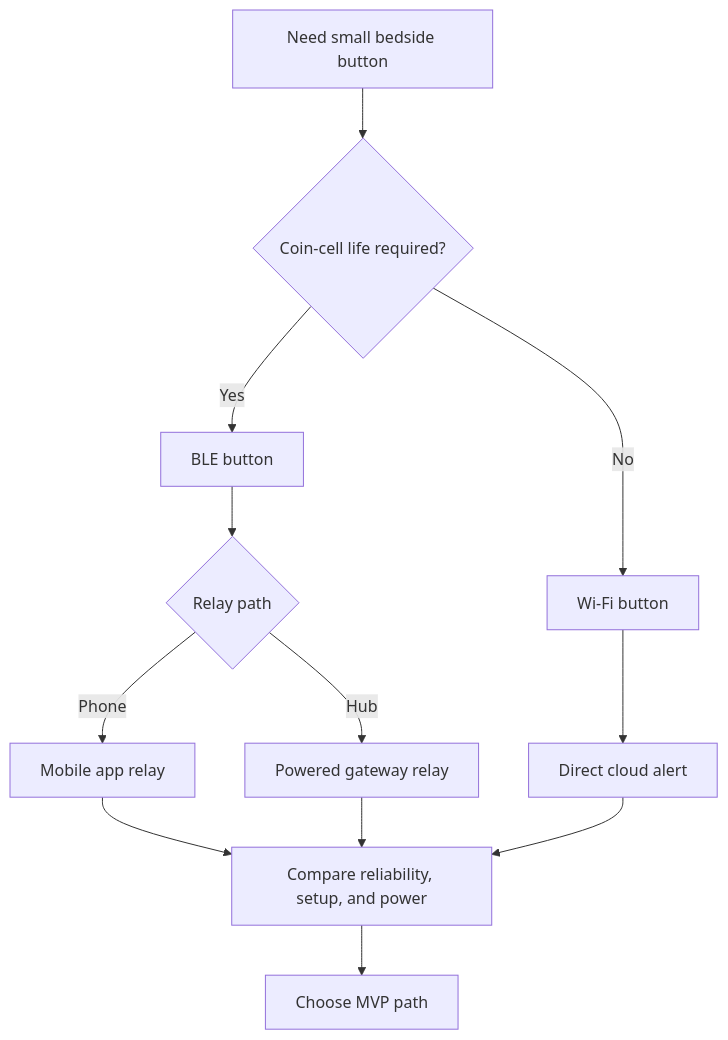
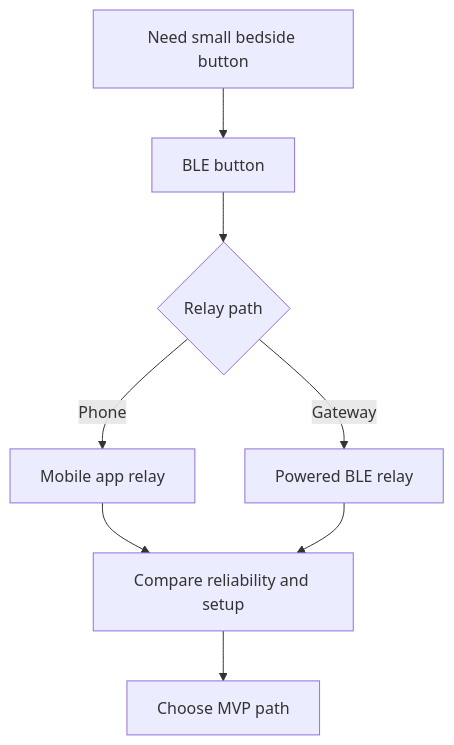
The diagram in docs/hardware-architecture/README.md (saleemh/baddreambutton), drawn with Mermaid before and after one commit. The commit also changed other lines of this file and 7 other files, not shown here.

````diff
--- a/docs/hardware-architecture/README.md
+++ b/docs/hardware-architecture/README.md
@@ -47,14 +47,10 @@
 ```mermaid
 flowchart TD
-    startNode["Need small bedside button"] --> powerChoice{"Coin-cell life required?"}
-    powerChoice -->|Yes| blePath["BLE button"]
-    powerChoice -->|No| wifiPath["Wi-Fi button"]
+    startNode["Need small bedside button"] --> blePath["BLE button"]
     blePath --> relayChoice{"Relay path"}
     relayChoice -->|Phone| phonePath["Mobile app relay"]
-    relayChoice -->|Hub| hubPath["Powered gateway relay"]
-    wifiPath --> cloudPath["Direct cloud alert"]
-    phonePath --> comparePath["Compare reliability, setup, and power"]
+    relayChoice -->|Gateway| hubPath["Powered BLE relay"]
+    phonePath --> comparePath["Compare reliability and setup"]
     hubPath --> comparePath
-    cloudPath --> comparePath
     comparePath --> recommendPath["Choose MVP path"]
 ```
````
